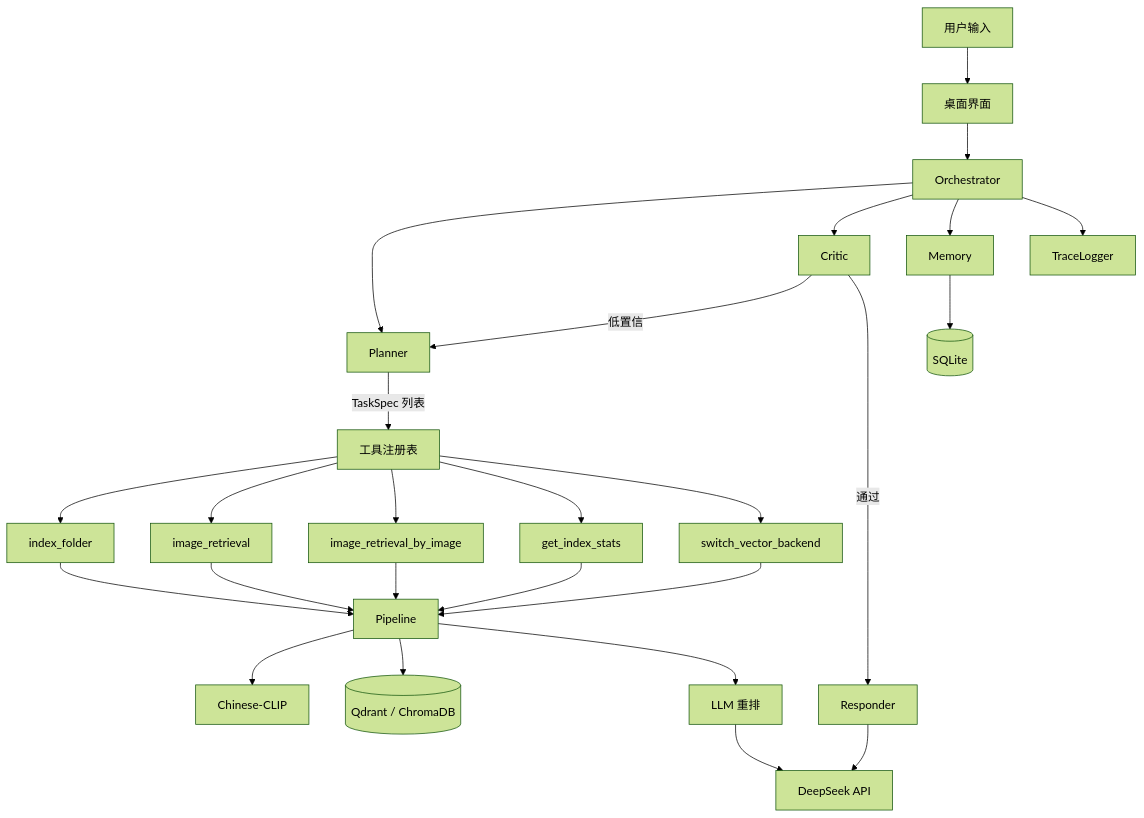
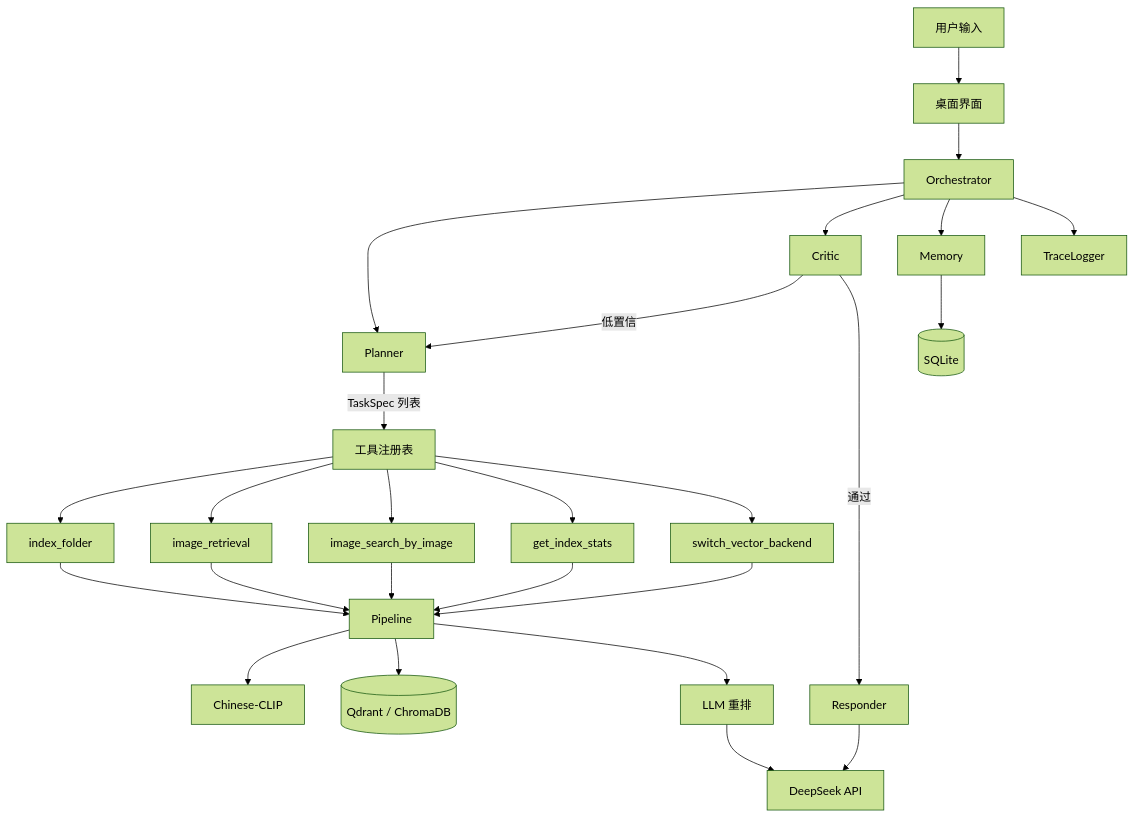
The diagram in docs/architecture.md (midiexiaomeng/Findgo-agent), drawn with Mermaid (forest theme) before and after one commit. The commit also changed other lines of this file and 13 other files, not shown here.

Commit message:
refactor: 统一以图搜图命名，工具入参 pydantic 严格校验，index_folder 加 mtime 缓存

````diff
--- a/docs/architecture.md
+++ b/docs/architecture.md
@@ -160,28 +160,28 @@
 ```mermaid
 graph TD
     U[用户输入] --> UI[桌面界面]
     UI --> O[Orchestrator]
     O --> P[Planner]
     P -->|TaskSpec 列表| T[工具注册表]
     T --> IF[index_folder]
     T --> IR[image_retrieval]
-    T --> II[image_retrieval_by_image]
+    T --> II[image_search_by_image]
     T --> IS[get_index_stats]
     T --> SB[switch_vector_backend]
     IF --> PL[Pipeline]
     IR --> PL
     II --> PL
     IS --> PL
     SB --> PL
     PL --> E[Chinese-CLIP]
     PL --> V[(Qdrant / ChromaDB)]
     PL --> RR[LLM 重排]
     RR --> API[DeepSeek API]
     O --> C[Critic]
     C -->|低置信| P
     C -->|通过| RS[Responder]
     RS --> API
     O --> M[Memory]
     M --> DB[(SQLite)]
     O --> L[TraceLogger]
 ```
````
